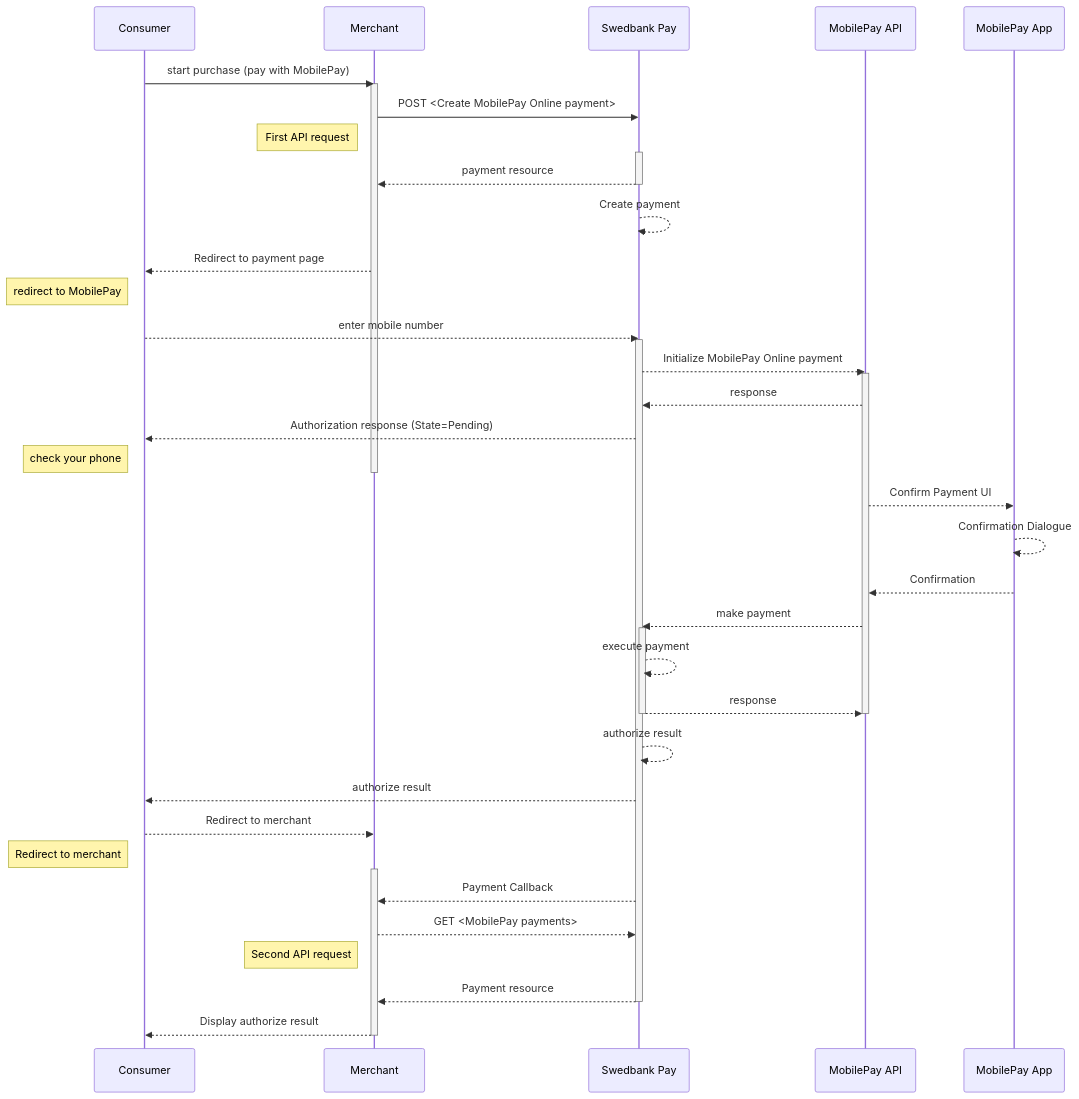
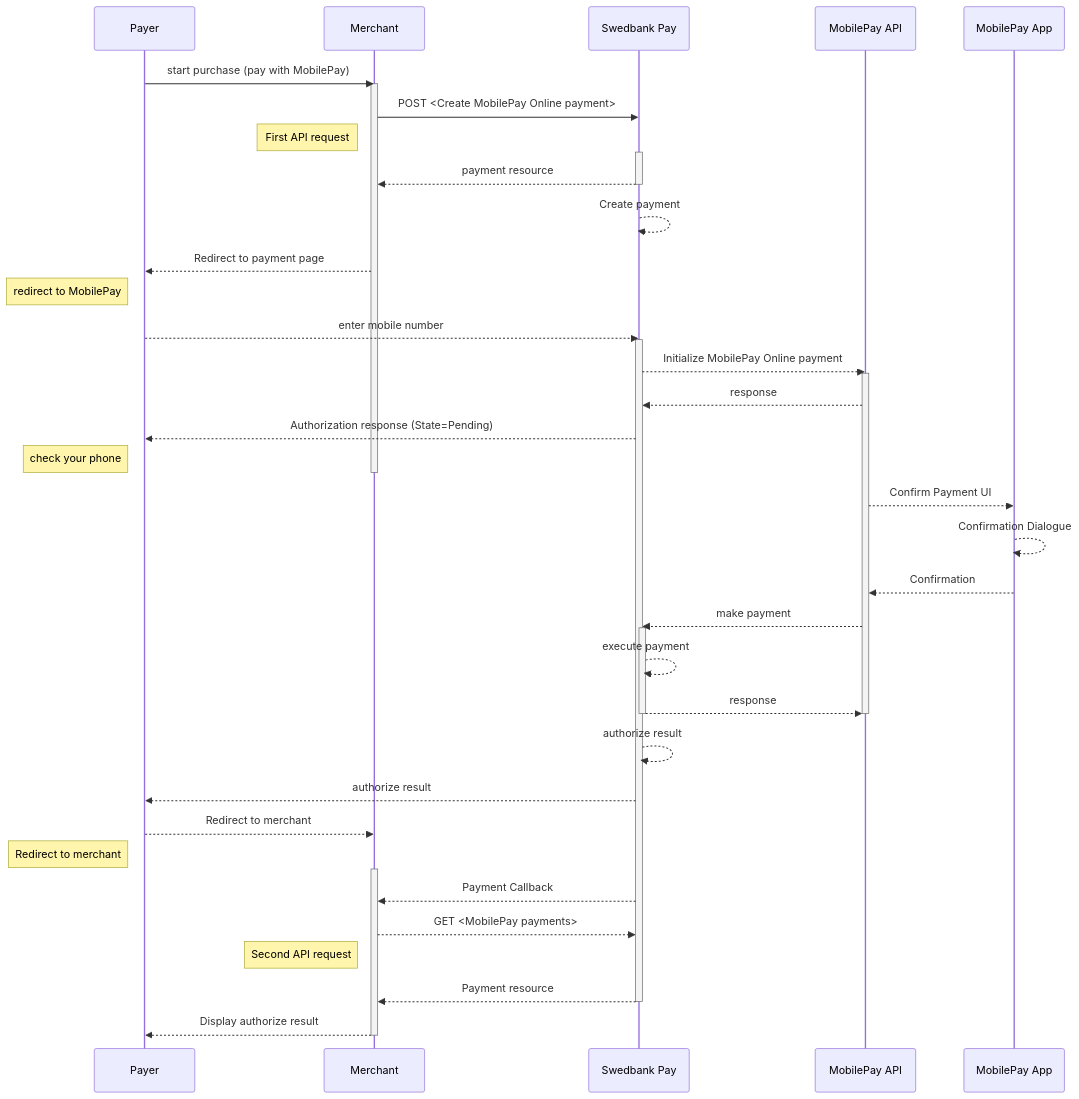
Before and after one commit to SwedbankPay/developer.swedbankpay.com: the diagram in payment-instruments/mobile-pay/redirect.md, drawn with Mermaid. The commit also changed 9 other files, not shown here.

````diff
--- a/payment-instruments/mobile-pay/redirect.md
+++ b/payment-instruments/mobile-pay/redirect.md
@@ -316,51 +316,51 @@
 ```mermaid
 sequenceDiagram
-  participant Consumer
+  participant Payer
   participant Merchant
   participant SwedbankPay as Swedbank Pay
   participant MobilePay_API as MobilePay API
   participant MobilePay_App as MobilePay App
 
-  Consumer->>Merchant: start purchase (pay with MobilePay)
+  Payer->>Merchant: start purchase (pay with MobilePay)
   activate Merchant
 
   Merchant->>SwedbankPay: POST <Create MobilePay Online payment>
   note left of Merchant: First API request
   activate SwedbankPay
   SwedbankPay-->>Merchant: payment resource
   deactivate SwedbankPay
   SwedbankPay -->> SwedbankPay: Create payment
-  Merchant-->>Consumer: Redirect to payment page
-  note left of Consumer: redirect to MobilePay
-  Consumer-->>SwedbankPay: enter mobile number
+  Merchant-->>Payer: Redirect to payment page
+  note left of Payer: redirect to MobilePay
+  Payer-->>SwedbankPay: enter mobile number
   activate SwedbankPay
 
   SwedbankPay-->>MobilePay_API: Initialize MobilePay Online payment
   activate MobilePay_API
   MobilePay_API-->>SwedbankPay: response
-  SwedbankPay-->>Consumer: Authorization response (State=Pending)
-  note left of Consumer: check your phone
+  SwedbankPay-->>Payer: Authorization response (State=Pending)
+  note left of Payer: check your phone
   deactivate Merchant
 
   MobilePay_API-->>MobilePay_App: Confirm Payment UI
   MobilePay_App-->>MobilePay_App: Confirmation Dialogue
   MobilePay_App-->>MobilePay_API: Confirmation
   MobilePay_API-->>SwedbankPay: make payment
   activate SwedbankPay
   SwedbankPay-->>SwedbankPay: execute payment
   SwedbankPay-->>MobilePay_API: response
   deactivate SwedbankPay
   deactivate MobilePay_API
   SwedbankPay-->>SwedbankPay: authorize result
-  SwedbankPay-->>Consumer: authorize result
-  Consumer-->>Merchant: Redirect to merchant
-  note left of Consumer: Redirect to merchant
+  SwedbankPay-->>Payer: authorize result
+  Payer-->>Merchant: Redirect to merchant
+  note left of Payer: Redirect to merchant
   activate Merchant
   SwedbankPay-->>Merchant: Payment Callback
   Merchant-->>SwedbankPay: GET <MobilePay payments>
   note left of Merchant: Second API request
   SwedbankPay-->>Merchant: Payment resource
   deactivate SwedbankPay
-  Merchant-->>Consumer: Display authorize result
+  Merchant-->>Payer: Display authorize result
   deactivate Merchant
 ```
````
